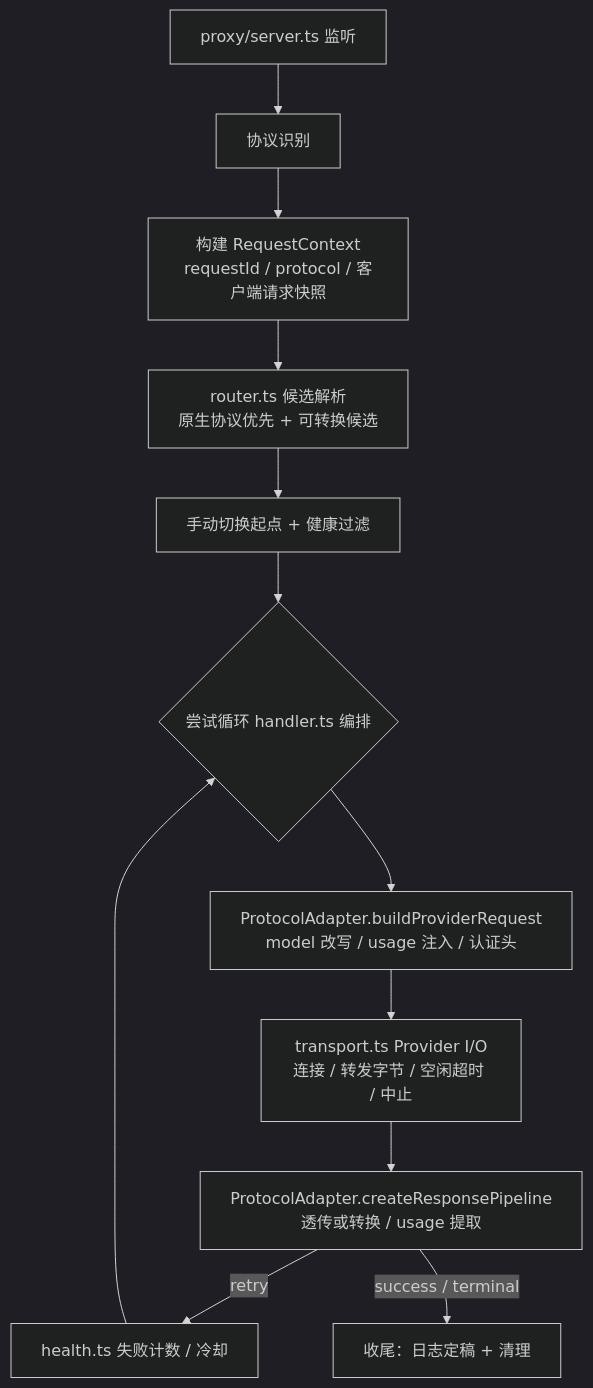
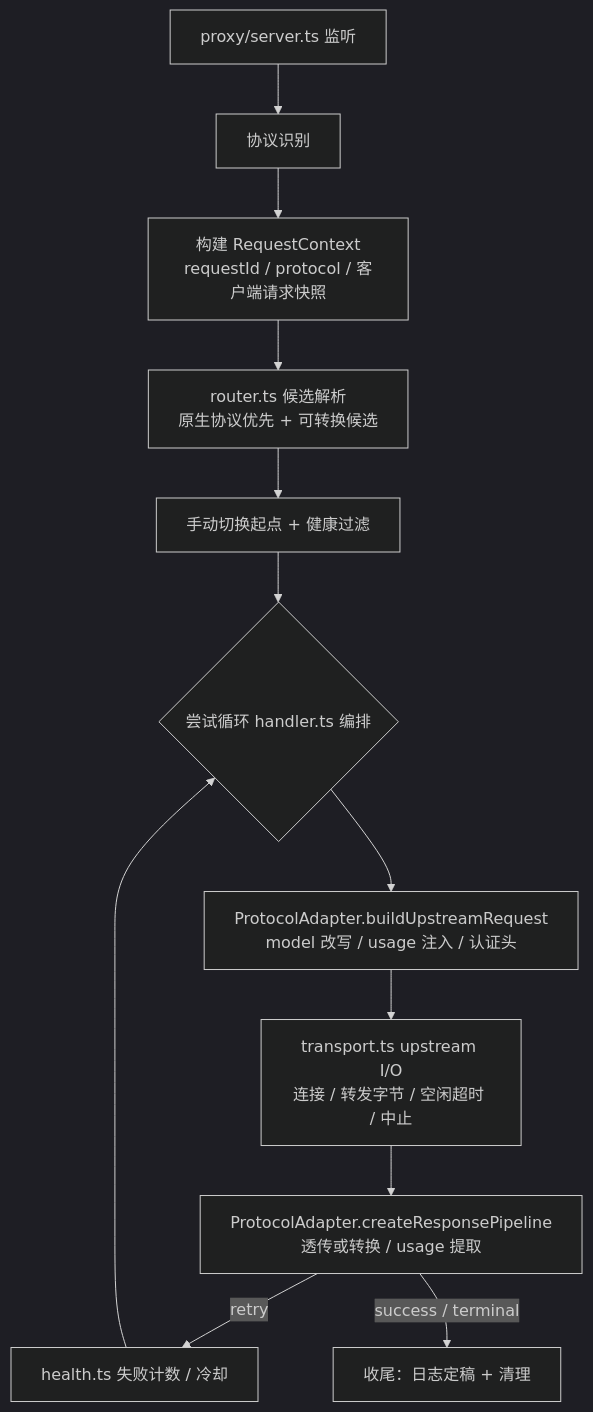
The diagram in specs/proxy.md (yinxulai/one-switch), drawn with Mermaid (dark theme) before and after one commit. The commit also changed other lines of this file and 52 other files, not shown here.

````diff
--- a/specs/proxy.md
+++ b/specs/proxy.md
@@ -13,13 +13,13 @@
 ```mermaid
 flowchart TD
     A[proxy/server.ts 监听] --> B[协议识别]
     B --> C[构建 RequestContext<br/>requestId / protocol / 客户端请求快照]
     C --> D[router.ts 候选解析<br/>原生协议优先 + 可转换候选]
     D --> E[手动切换起点 + 健康过滤]
     E --> F{尝试循环 handler.ts 编排}
-    F --> G[ProtocolAdapter.buildProviderRequest<br/>model 改写 / usage 注入 / 认证头]
-    G --> H[transport.ts Provider I/O<br/>连接 / 转发字节 / 空闲超时 / 中止]
+    F --> G[ProtocolAdapter.buildUpstreamRequest<br/>model 改写 / usage 注入 / 认证头]
+    G --> H[transport.ts upstream I/O<br/>连接 / 转发字节 / 空闲超时 / 中止]
     H --> I[ProtocolAdapter.createResponsePipeline<br/>透传或转换 / usage 提取]
     I -->|retry| J[health.ts 失败计数 / 冷却] --> F
     I -->|success / terminal| K[收尾：日志定稿 + 清理]
 ```
````
